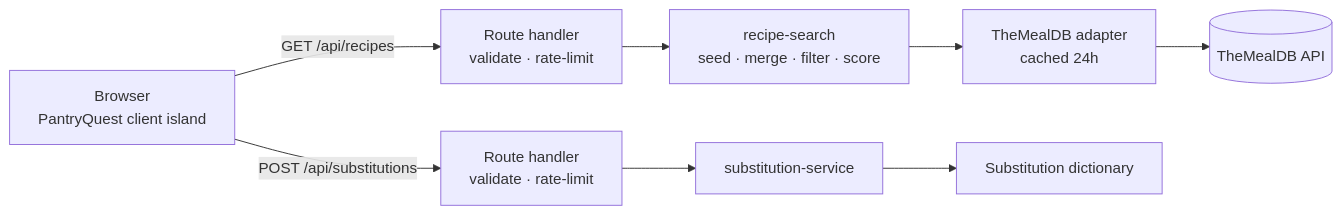
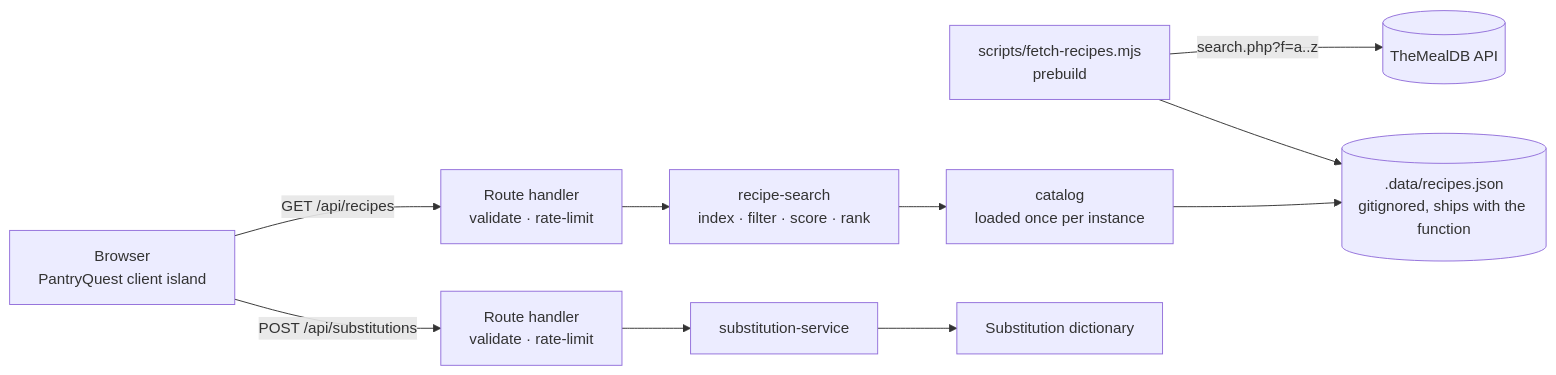
The diagram in docs/pantry-quest.md (jimmytwin7/JimmyNguyen), drawn with Mermaid before and after one commit. The commit also changed other lines of this file and 48 other files, not shown here.

````diff
--- a/docs/pantry-quest.md
+++ b/docs/pantry-quest.md
@@ -18,10 +18,12 @@
 ```mermaid
 flowchart LR
+  F[scripts/fetch-recipes.mjs<br/>prebuild] -->|search.php?f=a..z| M[(TheMealDB API)]
+  F --> D[(.data/recipes.json<br/>gitignored, ships with the function)]
   B[Browser<br/>PantryQuest client island] -->|GET /api/recipes| R[Route handler<br/>validate · rate-limit]
   B -->|POST /api/substitutions| S[Route handler<br/>validate · rate-limit]
-  R --> SR[recipe-search<br/>seed · merge · filter · score]
-  SR --> P[TheMealDB adapter<br/>cached 24h]
-  P --> M[(TheMealDB API)]
+  R --> SR[recipe-search<br/>index · filter · score · rank]
+  SR --> C[catalog<br/>loaded once per instance]
+  C --> D
   S --> SS[substitution-service]
   SS --> FB[Substitution dictionary]
 ```
````
